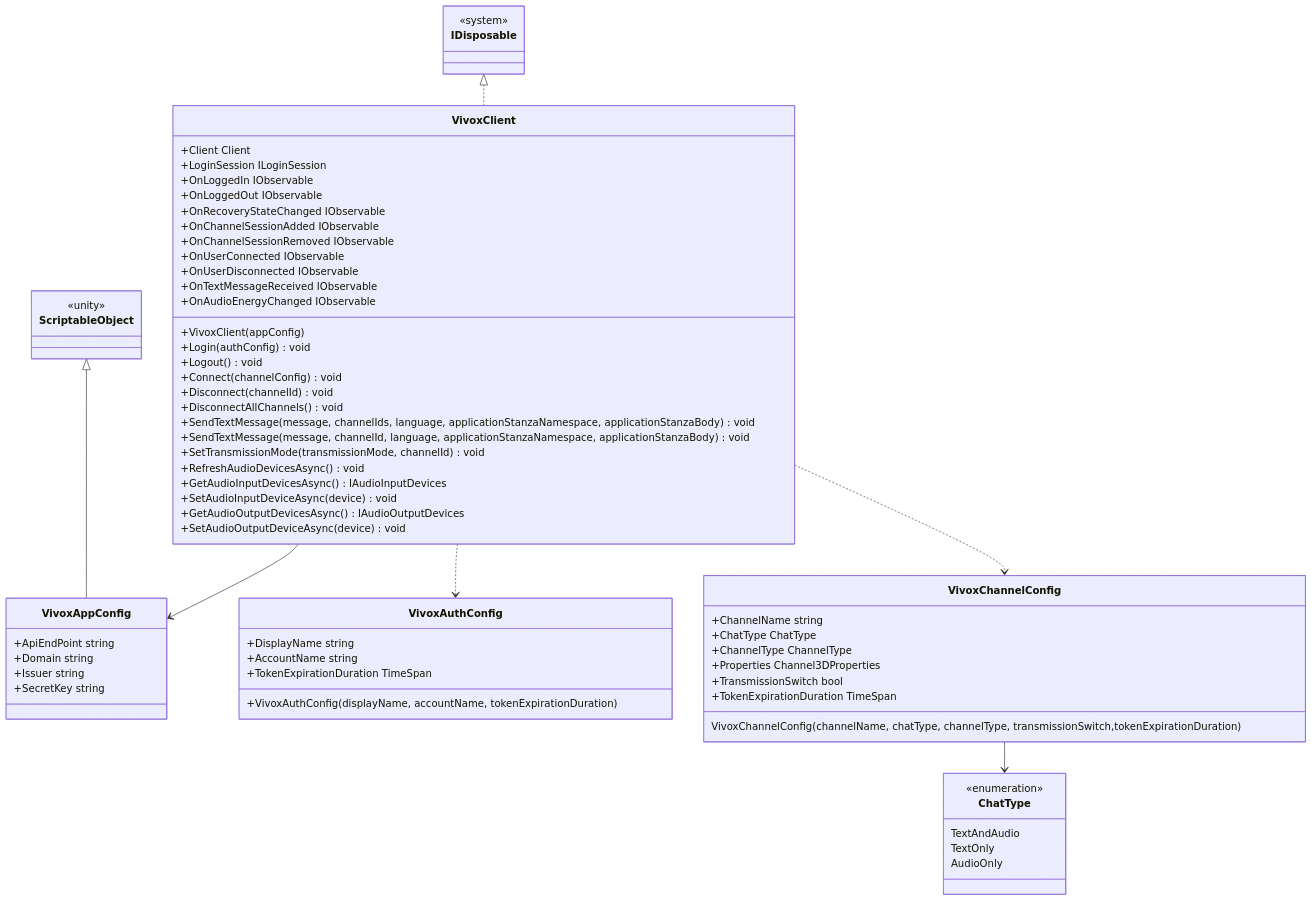
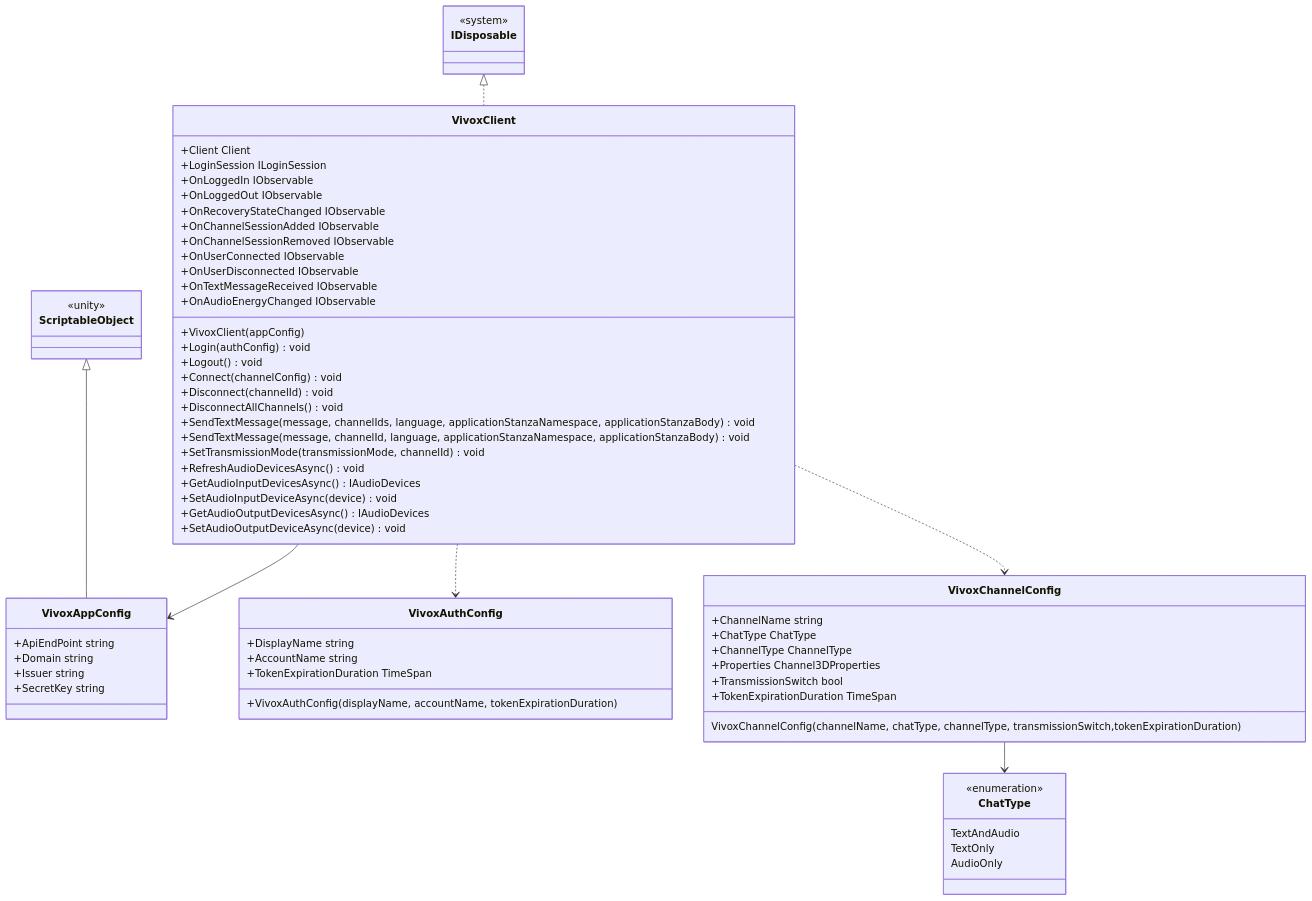
The diagram in docs/integration/chat.vivox.md (extreal-dev/Extreal.Guide), drawn with Mermaid before and after one commit.

Commit message:
IAudioDevicesに修正

````diff
--- a/docs/integration/chat.vivox.md
+++ b/docs/integration/chat.vivox.md
@@ -40,77 +40,77 @@
 ```mermaid
 classDiagram
 
     VivoxClient --> VivoxAppConfig
     VivoxClient ..> VivoxAuthConfig
     VivoxClient ..> VivoxChannelConfig
     VivoxChannelConfig --> ChatType
     ScriptableObject <|-- VivoxAppConfig
     IDisposable <|.. VivoxClient
 
     class VivoxClient {
         +Client Client
         +LoginSession ILoginSession
         +OnLoggedIn IObservable
         +OnLoggedOut IObservable
         +OnRecoveryStateChanged IObservable
         +OnChannelSessionAdded IObservable
         +OnChannelSessionRemoved IObservable
         +OnUserConnected IObservable
         +OnUserDisconnected IObservable
         +OnTextMessageReceived IObservable
         +OnAudioEnergyChanged IObservable
         +VivoxClient(appConfig)
         +Login(authConfig) void
         +Logout() void
         +Connect(channelConfig) void
         +Disconnect(channelId) void
         +DisconnectAllChannels() void
         +SendTextMessage(message, channelIds, language, applicationStanzaNamespace, applicationStanzaBody) void
         +SendTextMessage(message, channelId, language, applicationStanzaNamespace, applicationStanzaBody) void
         +SetTransmissionMode(transmissionMode, channelId) void
         +RefreshAudioDevicesAsync() void
-        +GetAudioInputDevicesAsync() IAudioInputDevices
+        +GetAudioInputDevicesAsync() IAudioDevices
         +SetAudioInputDeviceAsync(device) void
-        +GetAudioOutputDevicesAsync() IAudioOutputDevices
+        +GetAudioOutputDevicesAsync() IAudioDevices
         +SetAudioOutputDeviceAsync(device) void
     }
 
     class VivoxAppConfig {
         +ApiEndPoint string
         +Domain string
         +Issuer string
         +SecretKey string
     }
 
     class VivoxAuthConfig {
         +DisplayName string
         +AccountName string
         +TokenExpirationDuration TimeSpan
         +VivoxAuthConfig(displayName, accountName,  tokenExpirationDuration)
     }
 
     class ChatType {
         <<enumeration>>
         TextAndAudio
         TextOnly
         AudioOnly
     }
 
     class VivoxChannelConfig {
         +ChannelName string
         +ChatType ChatType
         +ChannelType ChannelType
         +Properties Channel3DProperties
         +TransmissionSwitch bool
         +TokenExpirationDuration TimeSpan
         VivoxChannelConfig(channelName, chatType, channelType, transmissionSwitch,tokenExpirationDuration)
     }
 
     class ScriptableObject {
         <<unity>>
     }
 
     class IDisposable {
         <<system>>
     }
 ```
````
